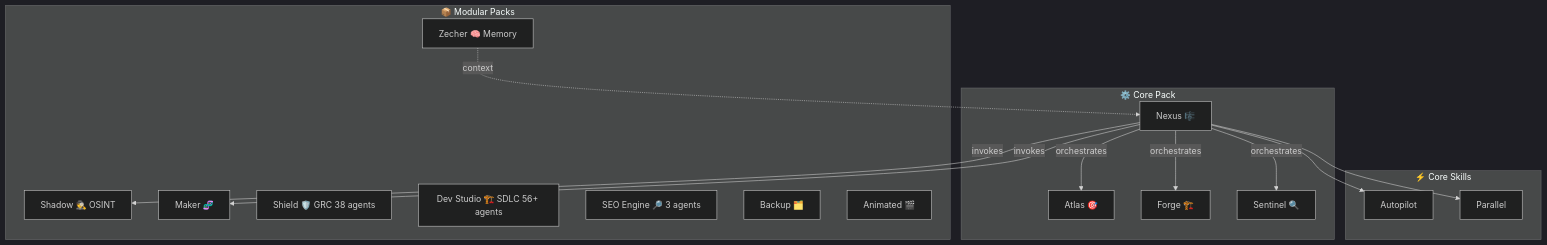
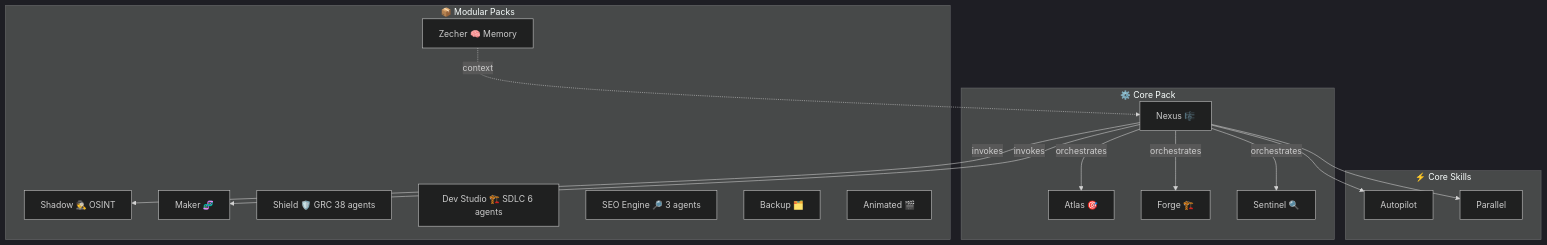
Before and after one commit to lrochetta/BMAD-PLUS: the diagram in README-DIST.md, drawn with Mermaid (dark theme). The commit also changed other lines of this file and 64 other files, not shown here.

````diff
--- a/README-DIST.md
+++ b/README-DIST.md
@@ -202,34 +203,34 @@
 ```mermaid
 graph TB
     subgraph Core["⚙️ Core Pack"]
         AT["Atlas 🎯"]
         FG["Forge 🏗️"]
         SN["Sentinel 🔍"]
         NX["Nexus 🎼"]
     end
 
     subgraph Packs["📦 Modular Packs"]
         SH["Shadow 🕵️ OSINT"]
         MK["Maker 🧬"]
         ZC["Zecher 🧠 Memory"]
         SD["Shield 🛡️ GRC 38 agents"]
-        DS["Dev Studio 🏗️ SDLC 56+ agents"]
+        DS["Dev Studio 🏗️ SDLC 6 agents"]
         SEO["SEO Engine 🔎 3 agents"]
         BK["Backup 🗂️"]
         AN["Animated 🎬"]
     end
 
     subgraph Skills["⚡ Core Skills"]
         AP[Autopilot]
         PL[Parallel]
     end
 
     NX -->|orchestrates| AT
     NX -->|orchestrates| FG
     NX -->|orchestrates| SN
     NX -->|invokes| SH
     NX -->|invokes| MK
     NX --> AP
     NX --> PL
     ZC -.->|context| NX
 ```
````
